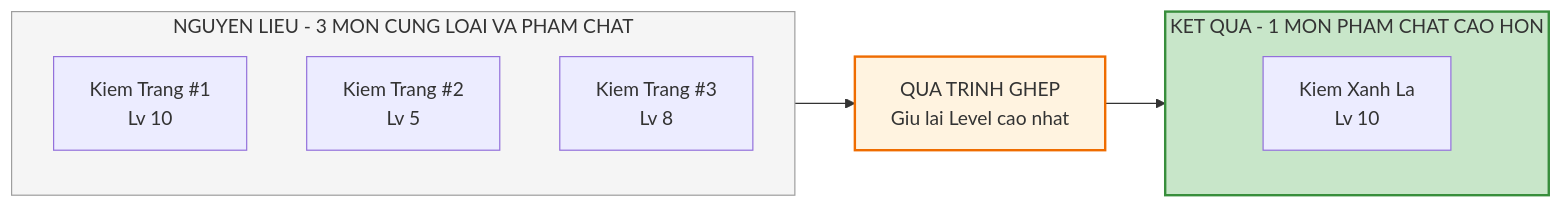
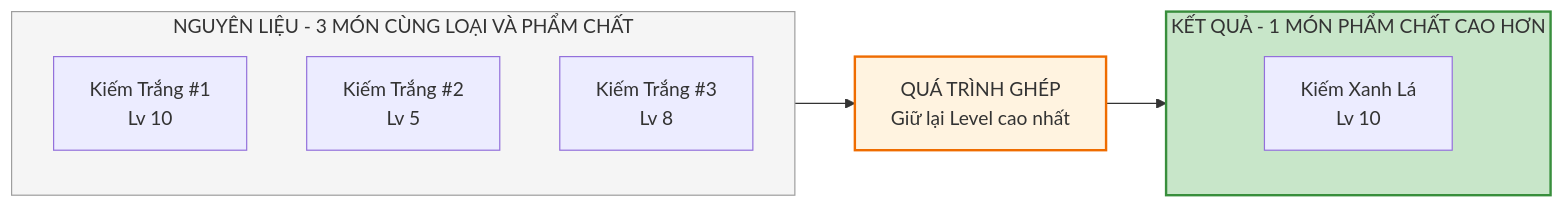
One commit to luantran-working/idlegame-designdocs changed the second of 3 diagrams in docs/he-thong-trang-bi.md. Above: the diagram before and after it, drawn with Mermaid. The commit also changed other lines of this file and 16 other files, not shown here.

Commit message:
feat: Introduce extensive game design documentation covering game systems, UI, and roadmap, and enable Mermaid diagram support in Docusaurus.

````diff
--- a/docs/he-thong-trang-bi.md
+++ b/docs/he-thong-trang-bi.md
@@ -221,20 +221,20 @@
 ```mermaid
 flowchart LR
-    subgraph Input["NGUYEN LIEU - 3 MON CUNG LOAI VA PHAM CHAT"]
-        I1["Kiem Trang #1<br/>Lv 10"]
-        I2["Kiem Trang #2<br/>Lv 5"]
-        I3["Kiem Trang #3<br/>Lv 8"]
+    subgraph Input["NGUYÊN LIỆU - 3 MÓN CÙNG LOẠI VÀ PHẨM CHẤT"]
+        I1["Kiếm Trắng #1<br/>Lv 10"]
+        I2["Kiếm Trắng #2<br/>Lv 5"]
+        I3["Kiếm Trắng #3<br/>Lv 8"]
     end
 
-    Process["QUA TRINH GHEP<br/>Giu lai Level cao nhat"]
+    Process["QUÁ TRÌNH GHÉP<br/>Giữ lại Level cao nhất"]
 
-    subgraph Output["KET QUA - 1 MON PHAM CHAT CAO HON"]
-        O1["Kiem Xanh La<br/>Lv 10"]
+    subgraph Output["KẾT QUẢ - 1 MÓN PHẨM CHẤT CAO HƠN"]
+        O1["Kiếm Xanh Lá<br/>Lv 10"]
     end
 
     Input --> Process --> Output
 
     style Input fill:#f5f5f5,stroke:#9e9e9e,stroke-width:1px
     style Process fill:#fff3e0,stroke:#ef6c00,stroke-width:2px
     style Output fill:#c8e6c9,stroke:#388e3c,stroke-width:2px
 ```
````
